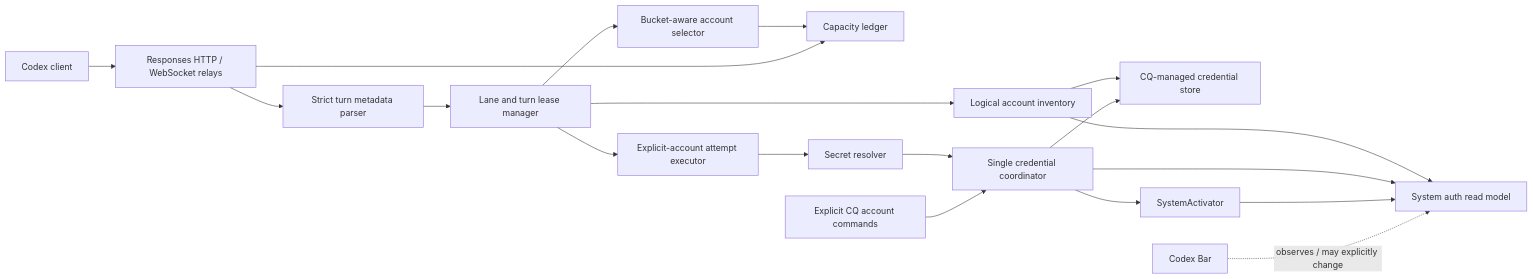
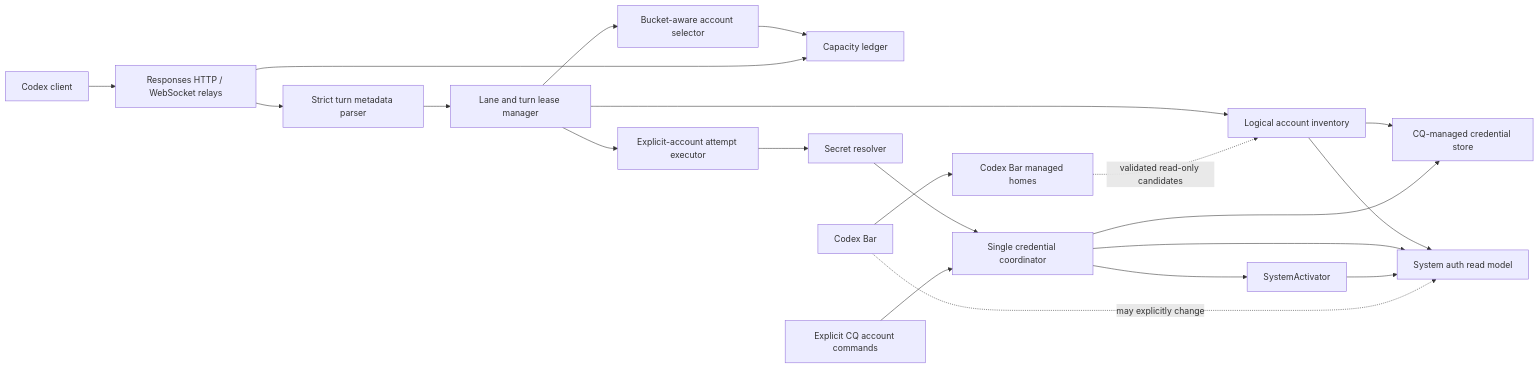
One commit to jacobcxdev/cq changed the diagram in docs/superpowers/specs/2026-08-08-codex-turn-aware-routing-design.md. Above: the diagram before and after it, drawn with Mermaid. The commit also changed other lines of this file, not shown here.

````diff
--- a/docs/superpowers/specs/2026-08-08-codex-turn-aware-routing-design.md
+++ b/docs/superpowers/specs/2026-08-08-codex-turn-aware-routing-design.md
@@ -184,21 +191,23 @@
 ```mermaid
 flowchart LR
     Client["Codex client"] --> Relay["Responses HTTP / WebSocket relays"]
     Relay --> Metadata["Strict turn metadata parser"]
     Metadata --> Lease["Lane and turn lease manager"]
     Lease --> Selector["Bucket-aware account selector"]
     Selector --> Capacity["Capacity ledger"]
     Lease --> Attempt["Explicit-account attempt executor"]
     Attempt --> Resolver["Secret resolver"]
     Resolver --> Coordinator["Single credential coordinator"]
     Lease --> Inventory["Logical account inventory"]
     Inventory --> Managed["CQ-managed credential store"]
     Inventory --> System["System auth read model"]
+    CodexBarStore["Codex Bar managed homes"] -. "validated read-only candidates" .-> Inventory
     Coordinator --> Managed
     Coordinator --> System
     Relay --> Capacity
     Explicit["Explicit CQ account commands"] --> Coordinator
     Coordinator --> Activator["SystemActivator"]
     Activator --> System
-    CodexBar["Codex Bar"] -. "observes / may explicitly change" .-> System
+    CodexBar["Codex Bar"] --> CodexBarStore
+    CodexBar -. "may explicitly change" .-> System
 ```
````
